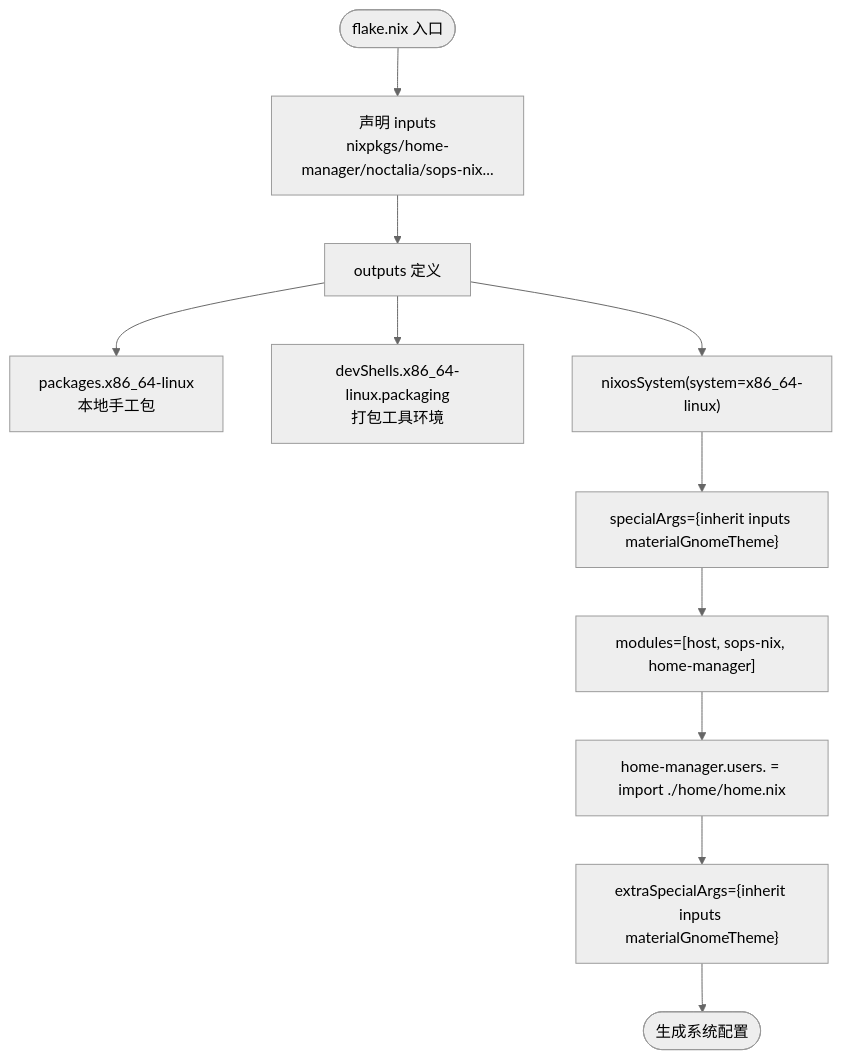
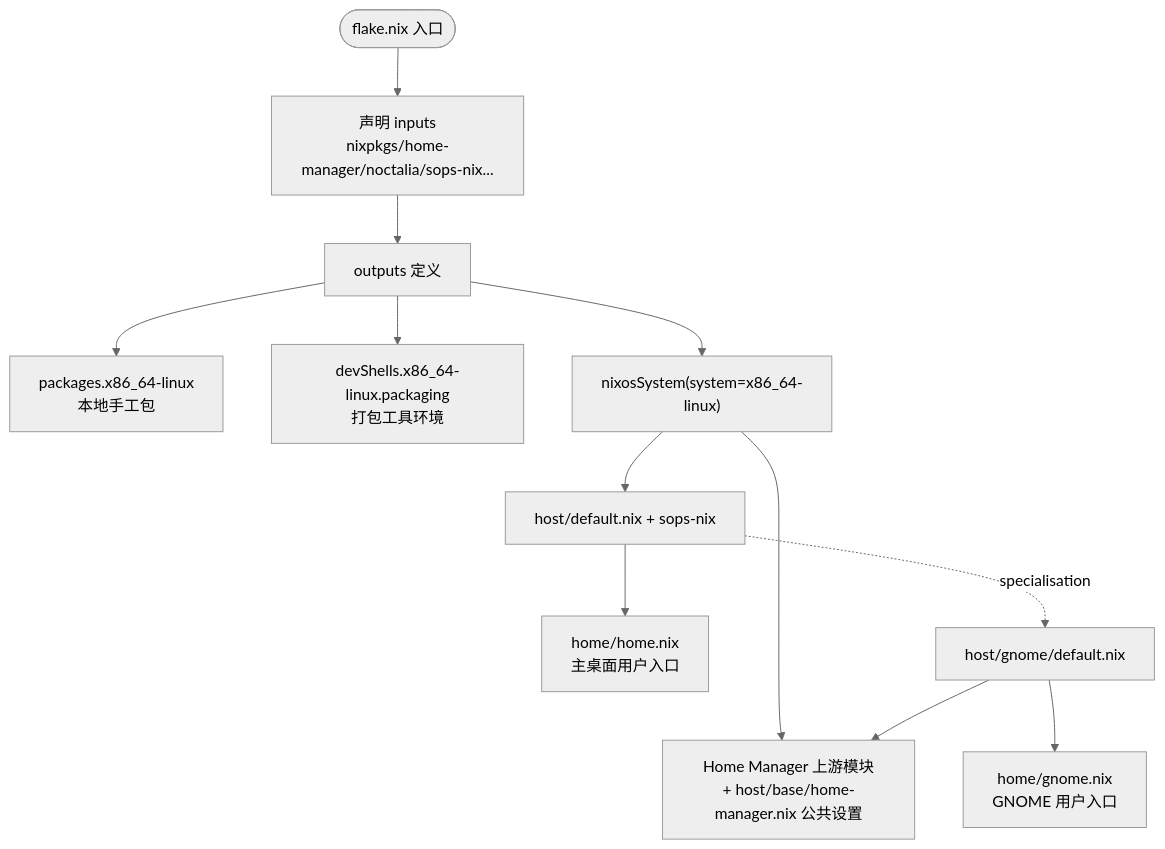
The first of 3 diagrams in wiki/architecture/flake.md (Shangshui0302/myNixOSConfig), drawn with Mermaid (neutral theme) before and after one commit. The commit also changed other lines of this file and 11 other files, not shown here.

Commit message:
refactor(config): centralize Home Manager and repository checks

````diff
--- a/wiki/architecture/flake.md
+++ b/wiki/architecture/flake.md
@@ -50,13 +53,14 @@
 ```mermaid
 flowchart TD
 Start(["flake.nix 入口"]) --> Inputs["声明 inputs<br/>nixpkgs/home-manager/noctalia/sops-nix..."]
 Inputs --> Outputs["outputs 定义"]
 Outputs --> Packages["packages.x86_64-linux<br/>本地手工包"]
 Outputs --> DevShell["devShells.x86_64-linux.packaging<br/>打包工具环境"]
 Outputs --> NixOS["nixosSystem(system=x86_64-linux)"]
-NixOS --> SpecialArgs["specialArgs={inherit inputs materialGnomeTheme}"]
-SpecialArgs --> Modules["modules=[host, sops-nix, home-manager]"]
-Modules --> HM["home-manager.users.<user> = import ./home/home.nix"]
-HM --> ExtraArgs["extraSpecialArgs={inherit inputs materialGnomeTheme}"]
-ExtraArgs --> End(["生成系统配置"])
+NixOS --> Host["host/default.nix + sops-nix"]
+NixOS --> Shared["Home Manager 上游模块<br/>+ host/base/home-manager.nix 公共设置"]
+Host --> MainHome["home/home.nix<br/>主桌面用户入口"]
+Host -. specialisation .-> Gnome["host/gnome/default.nix"]
+Gnome --> Shared
+Gnome --> GnomeHome["home/gnome.nix<br/>GNOME 用户入口"]
 ```
````
